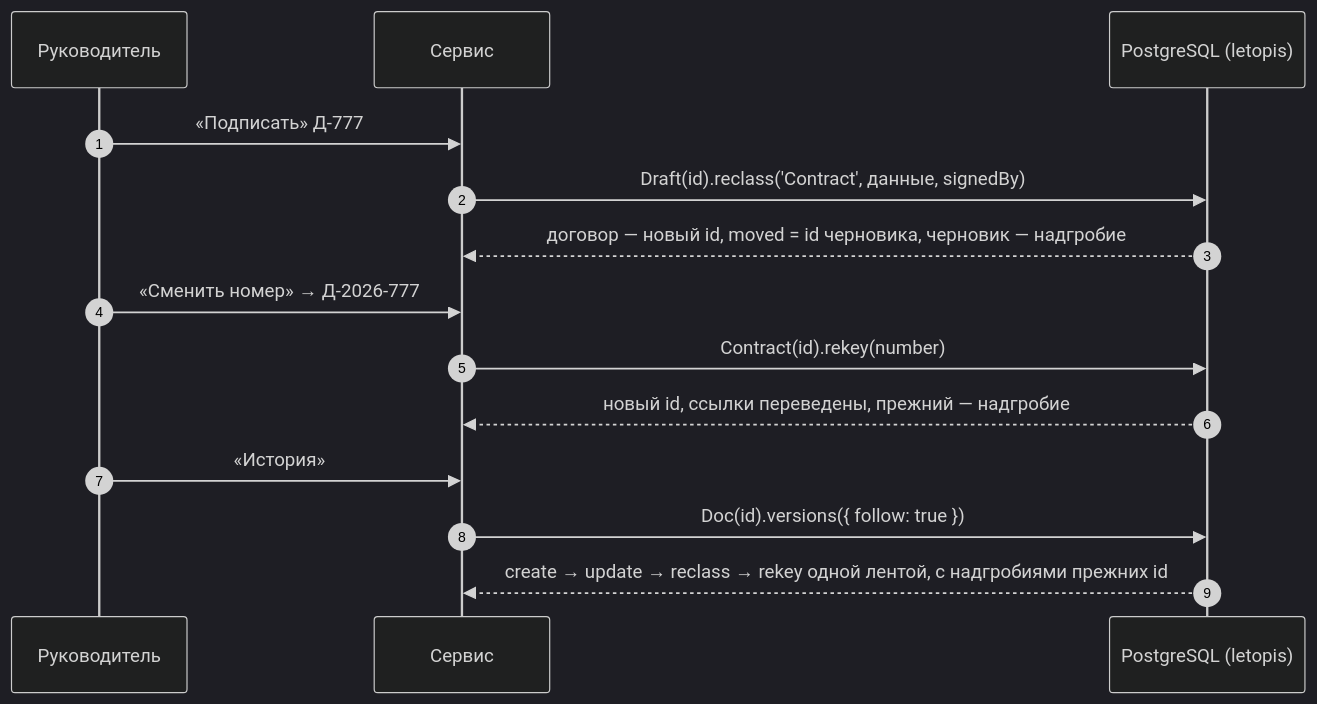
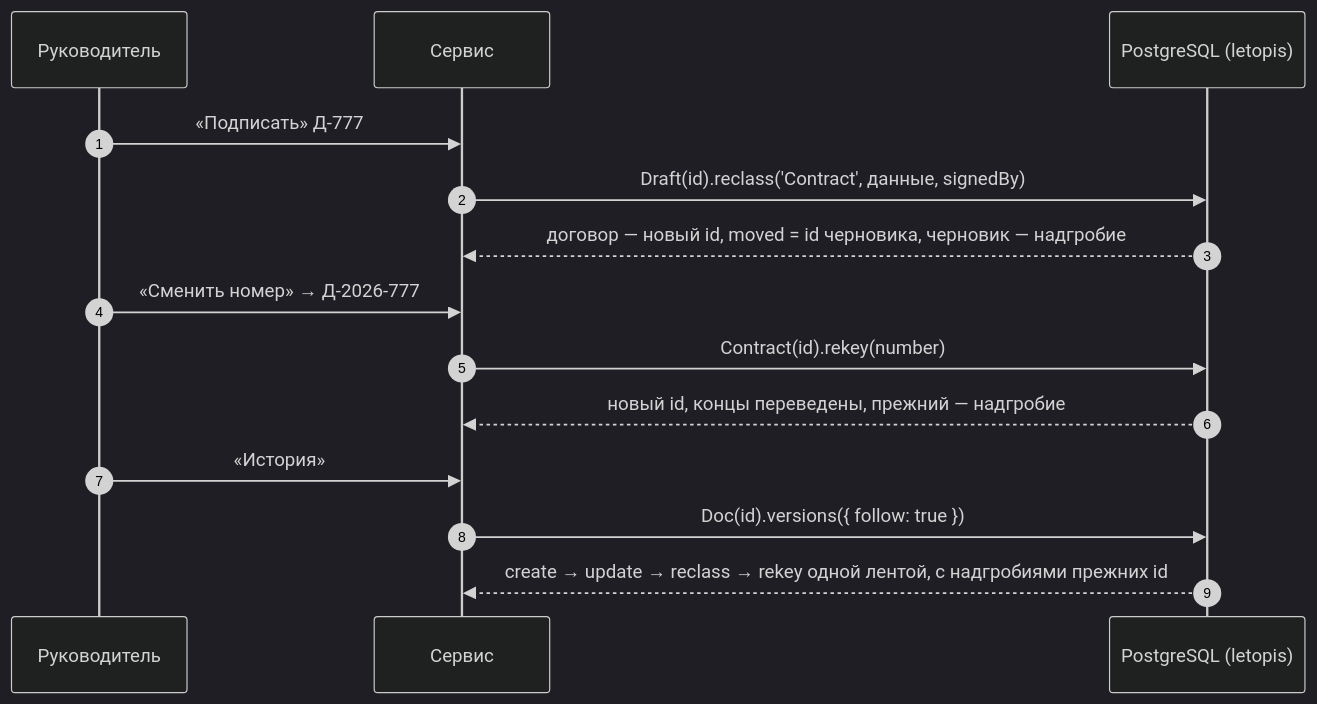
One commit to alepri51/letopis changed the second of 2 diagrams in guide/pages/services/documents.md. Above: the diagram before and after it, drawn with Mermaid (dark theme). The commit also changed other lines of this file and 97 other files, not shown here.

````diff
--- a/guide/pages/services/documents.md
+++ b/guide/pages/services/documents.md
@@ -82,16 +82,16 @@
 ```mermaid
 sequenceDiagram
   autonumber
   participant U as Руководитель
   participant S as Сервис
   participant DB as PostgreSQL (letopis)
   U->>S: «Подписать» Д-777
   S->>DB: Draft(id).reclass('Contract', данные, signedBy)
   DB-->>S: договор — новый id, moved = id черновика, черновик — надгробие
   U->>S: «Сменить номер» → Д-2026-777
   S->>DB: Contract(id).rekey(number)
-  DB-->>S: новый id, ссылки переведены, прежний — надгробие
+  DB-->>S: новый id, концы переведены, прежний — надгробие
   U->>S: «История»
   S->>DB: Doc(id).versions({ follow: true })
   DB-->>S: create → update → reclass → rekey одной лентой, с надгробиями прежних id
 ```
````
